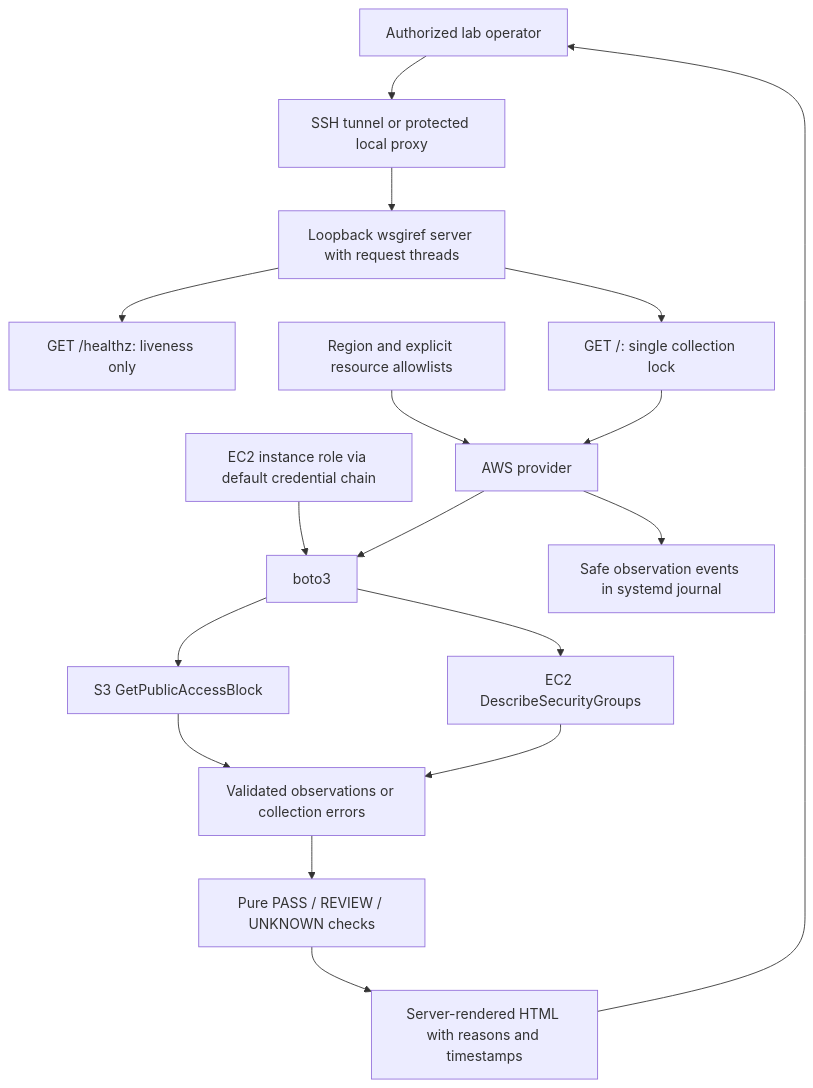
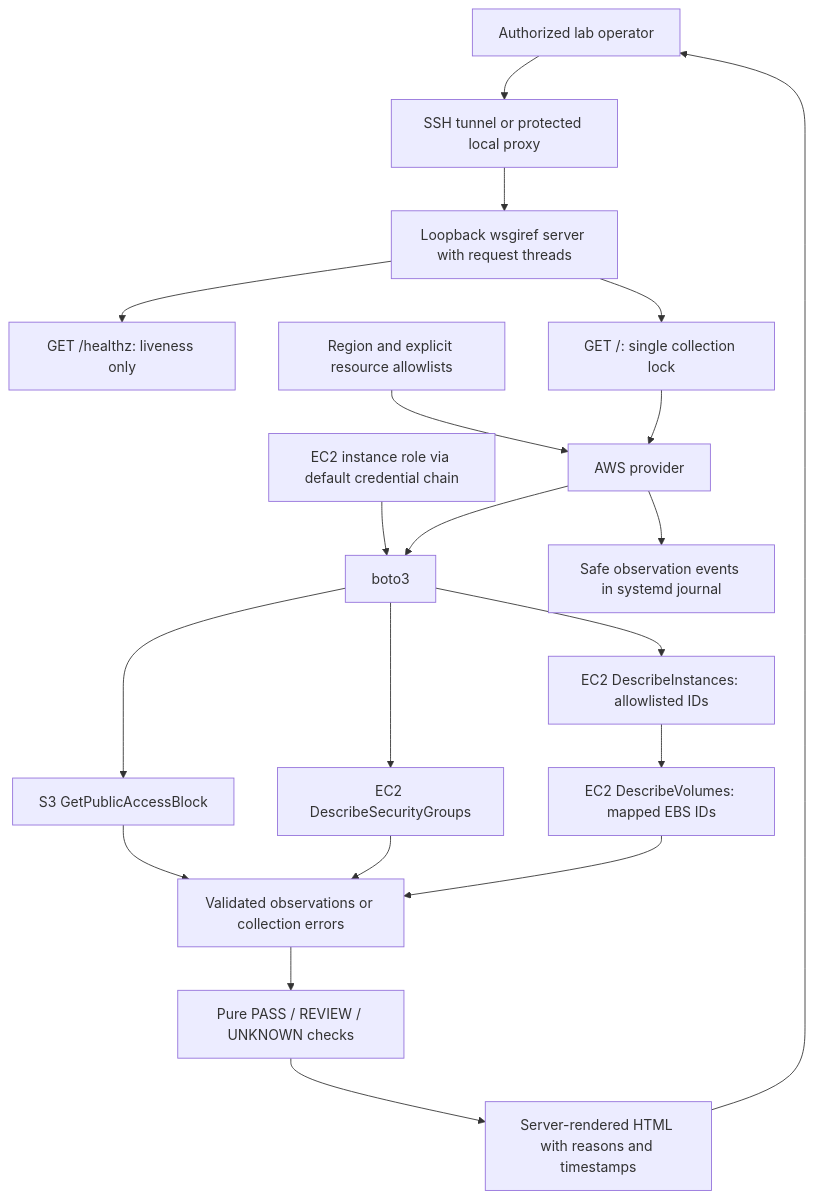
Before and after one commit to BO317/cloud-security-posture-explorer: the diagram in docs/ARCHITECTURE.md, drawn with Mermaid. The commit also changed other lines of this file and 13 other files, not shown here.

````diff
--- a/docs/ARCHITECTURE.md
+++ b/docs/ARCHITECTURE.md
@@ -10,19 +10,22 @@
 ```mermaid
 flowchart TD
     User[Authorized lab operator] --> Access[SSH tunnel or protected local proxy]
     Access --> Web[Loopback wsgiref server with request threads]
     Web --> Health[GET /healthz: liveness only]
     Web --> Gate[GET /: single collection lock]
     Env[Region and explicit resource allowlists] --> Provider[AWS provider]
     Gate --> Provider
     Role[EC2 instance role via default credential chain] --> SDK[boto3]
     Provider --> SDK
     SDK --> S3[S3 GetPublicAccessBlock]
     SDK --> EC2[EC2 DescribeSecurityGroups]
+    SDK --> Instances[EC2 DescribeInstances: allowlisted IDs]
+    Instances --> Volumes[EC2 DescribeVolumes: mapped EBS IDs]
     S3 --> Evidence[Validated observations or collection errors]
     EC2 --> Evidence
+    Volumes --> Evidence
     Evidence --> Checks[Pure PASS / REVIEW / UNKNOWN checks]
     Checks --> HTML[Server-rendered HTML with reasons and timestamps]
     HTML --> User
     Provider --> Audit[Safe observation events in systemd journal]
 ```
````
